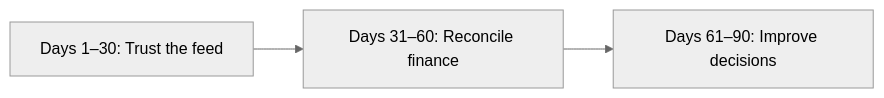
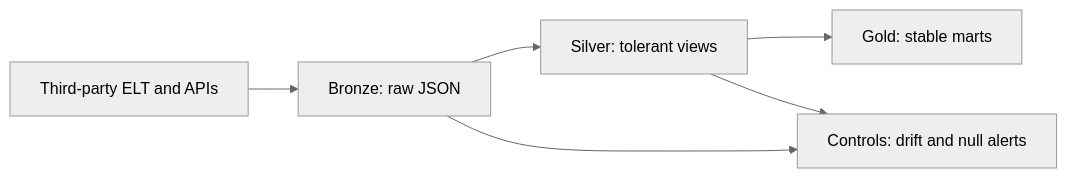
Before and after one commit to rubenatello/luminize-assessment: the diagram in README.md, drawn with Mermaid (neutral theme). The commit also changed other lines of this file and 2 other files, not shown here.

````diff
--- a/README.md
+++ b/README.md
@@ -131,4 +129,8 @@
 ```mermaid
 flowchart LR
-    A["Days 1–30: Trust the feed"] --> B["Days 31–60: Reconcile finance"] --> C["Days 61–90: Improve decisions"]
+    A["Third-party ELT and APIs"] --> B["Bronze: raw JSON"]
+    B --> C["Silver: tolerant views"]
+    C --> D["Gold: stable marts"]
+    B --> E["Controls: drift and null alerts"]
+    C --> E
 ```
````
